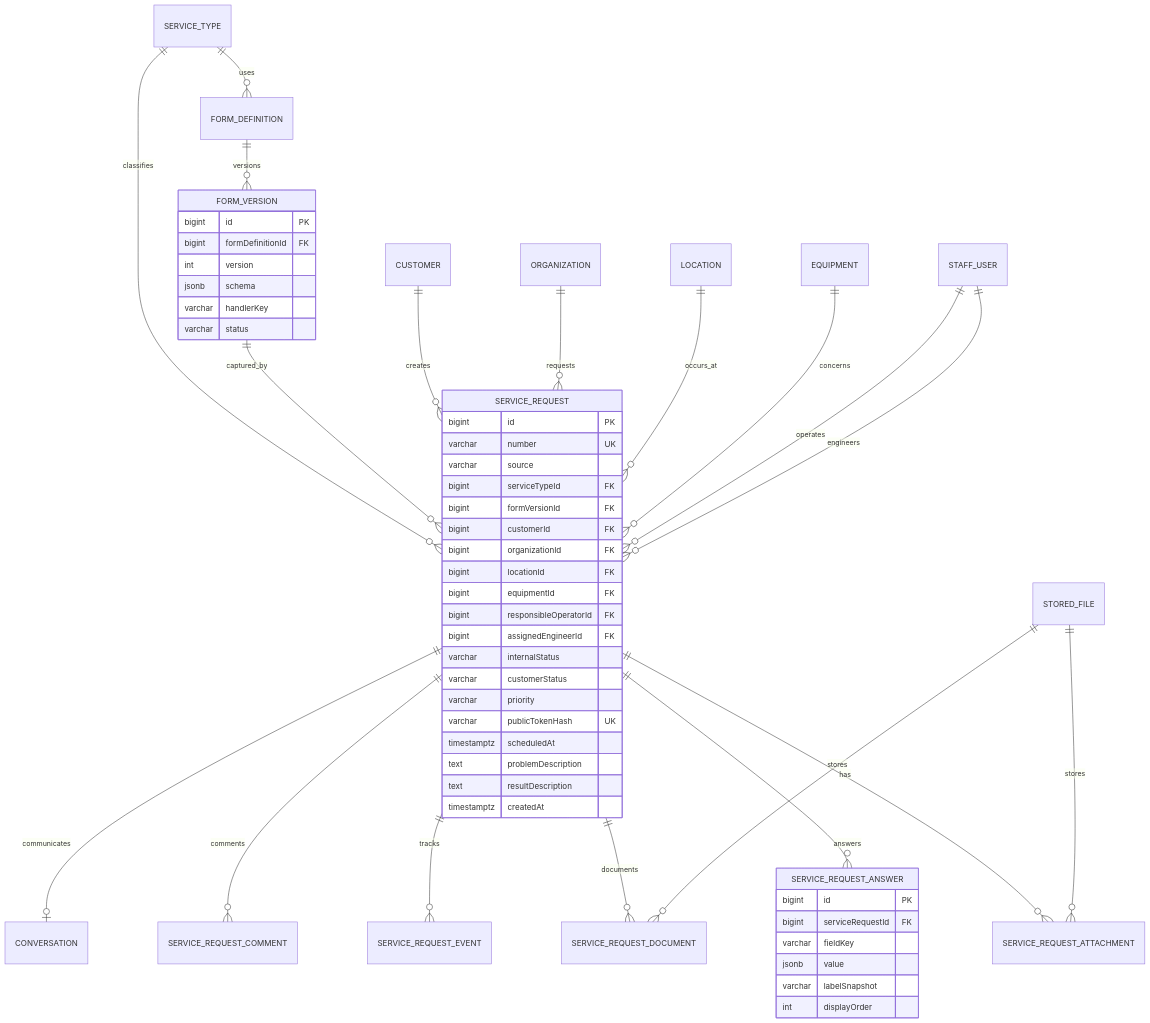
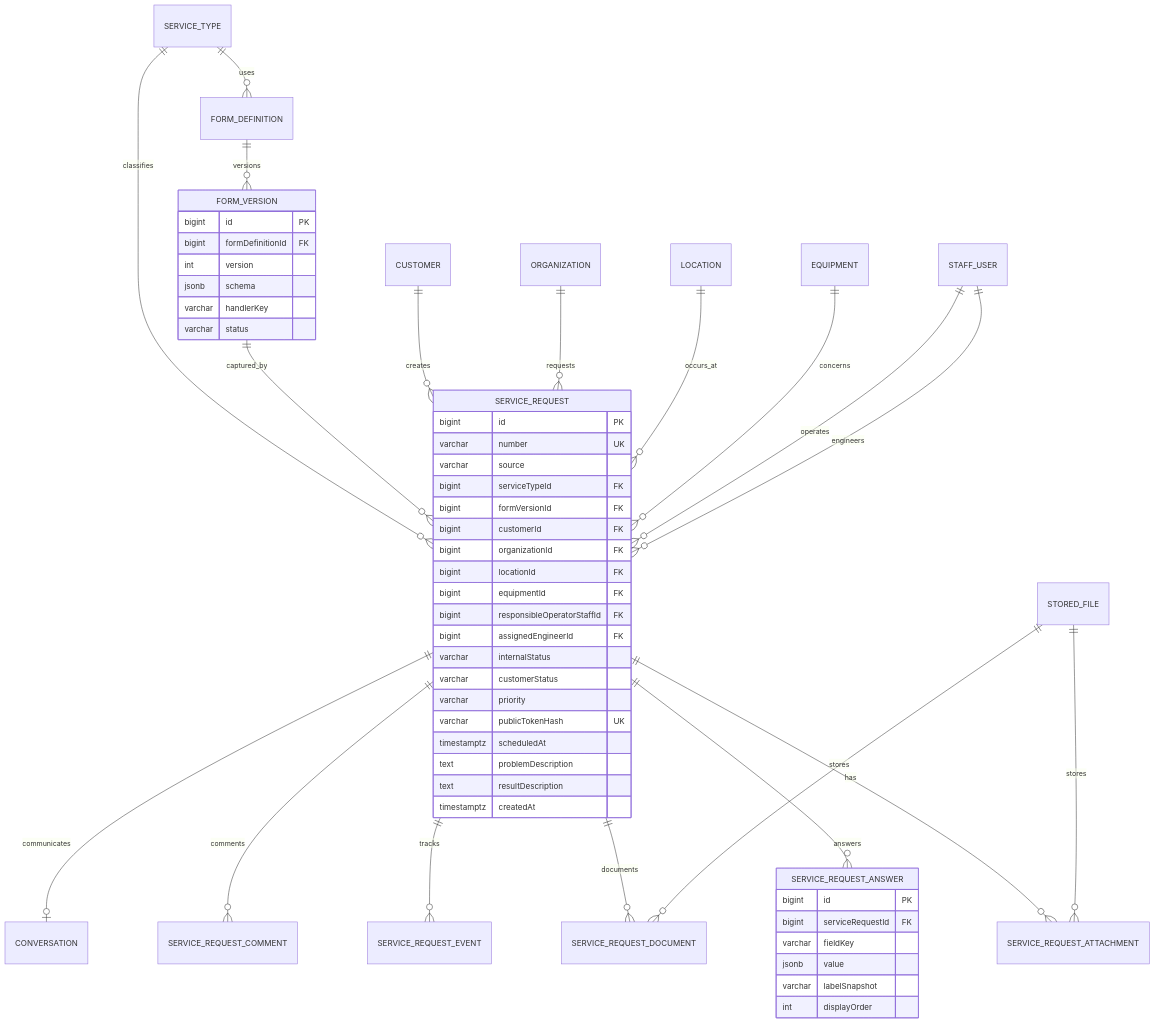
One commit to cltvv1/market-bot changed the fifth of 7 diagrams in docs/TARGET_ARCHITECTURE.md. Above: the diagram before and after it, drawn with Mermaid. The commit also changed other lines of this file and 59 other files, not shown here.

````diff
--- a/docs/TARGET_ARCHITECTURE.md
+++ b/docs/TARGET_ARCHITECTURE.md
@@ -619,61 +619,61 @@
 ```mermaid
 erDiagram
     SERVICE_TYPE ||--o{ FORM_DEFINITION : uses
     FORM_DEFINITION ||--o{ FORM_VERSION : versions
     SERVICE_TYPE ||--o{ SERVICE_REQUEST : classifies
     FORM_VERSION ||--o{ SERVICE_REQUEST : captured_by
     CUSTOMER ||--o{ SERVICE_REQUEST : creates
     ORGANIZATION ||--o{ SERVICE_REQUEST : requests
     LOCATION ||--o{ SERVICE_REQUEST : occurs_at
     EQUIPMENT ||--o{ SERVICE_REQUEST : concerns
     STAFF_USER ||--o{ SERVICE_REQUEST : operates
     STAFF_USER ||--o{ SERVICE_REQUEST : engineers
     SERVICE_REQUEST ||--o{ SERVICE_REQUEST_ANSWER : answers
     SERVICE_REQUEST ||--o{ SERVICE_REQUEST_ATTACHMENT : has
     SERVICE_REQUEST ||--o{ SERVICE_REQUEST_EVENT : tracks
     SERVICE_REQUEST ||--o{ SERVICE_REQUEST_COMMENT : comments
     SERVICE_REQUEST ||--o{ SERVICE_REQUEST_DOCUMENT : documents
     SERVICE_REQUEST ||--o| CONVERSATION : communicates
     STORED_FILE ||--o{ SERVICE_REQUEST_ATTACHMENT : stores
     STORED_FILE ||--o{ SERVICE_REQUEST_DOCUMENT : stores
 
     SERVICE_REQUEST {
         bigint id PK
         varchar number UK
         varchar source
         bigint serviceTypeId FK
         bigint formVersionId FK
         bigint customerId FK
         bigint organizationId FK
         bigint locationId FK
         bigint equipmentId FK
-        bigint responsibleOperatorId FK
+        bigint responsibleOperatorStaffId FK
         bigint assignedEngineerId FK
         varchar internalStatus
         varchar customerStatus
         varchar priority
         varchar publicTokenHash UK
         timestamptz scheduledAt
         text problemDescription
         text resultDescription
         timestamptz createdAt
     }
 
     SERVICE_REQUEST_ANSWER {
         bigint id PK
         bigint serviceRequestId FK
         varchar fieldKey
         jsonb value
         varchar labelSnapshot
         int displayOrder
     }
 
     FORM_VERSION {
         bigint id PK
         bigint formDefinitionId FK
         int version
         jsonb schema
         varchar handlerKey
         varchar status
     }
 ```
````
